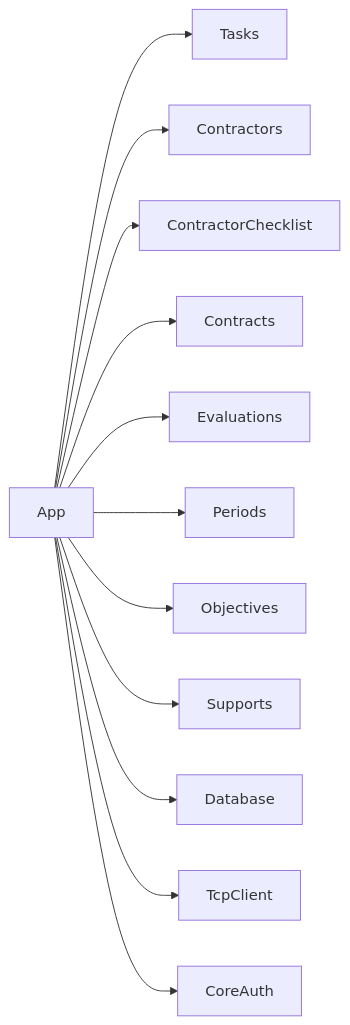
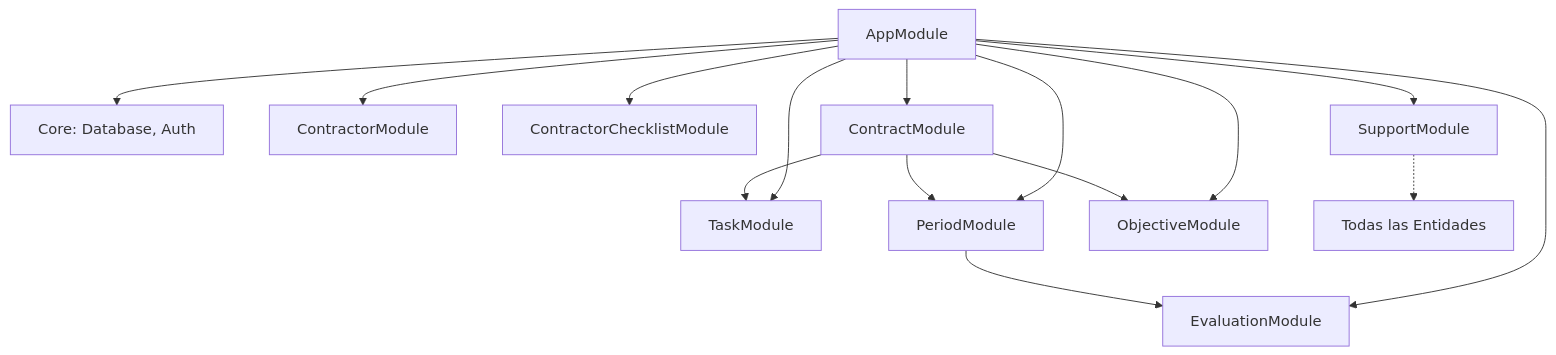
One commit to DesarrolloSiellano/contratos-backend-bpo changed the second of 2 diagrams in ARCHITECTURE.md. Above: the diagram before and after it, drawn with Mermaid. The commit also changed other lines of this file and 12 other files, not shown here.

````diff
--- a/ARCHITECTURE.md
+++ b/ARCHITECTURE.md
@@ -56,14 +62,18 @@
 ```mermaid
-graph LR
-    App --> Tasks
-    App --> Contractors
-    App --> ContractorChecklist
-    App --> Contracts
-    App --> Evaluations
-    App --> Periods
-    App --> Objectives
-    App --> Supports
-    App --> Database
-    App --> TcpClient
-    App --> CoreAuth
+graph TD
+    App[AppModule] --> Core[Core: Database, Auth]
+    App --> Contractor[ContractorModule]
+    App --> Checklist[ContractorChecklistModule]
+    App --> Contract[ContractModule]
+    App --> Task[TaskModule]
+    App --> Evaluation[EvaluationModule]
+    App --> Period[PeriodModule]
+    App --> Objective[ObjectiveModule]
+    App --> Support[SupportModule]
+    
+    Contract --> Task
+    Contract --> Period
+    Contract --> Objective
+    Period --> Evaluation
+    Support -.-> AllEntities[Todas las Entidades]
 ```
````
